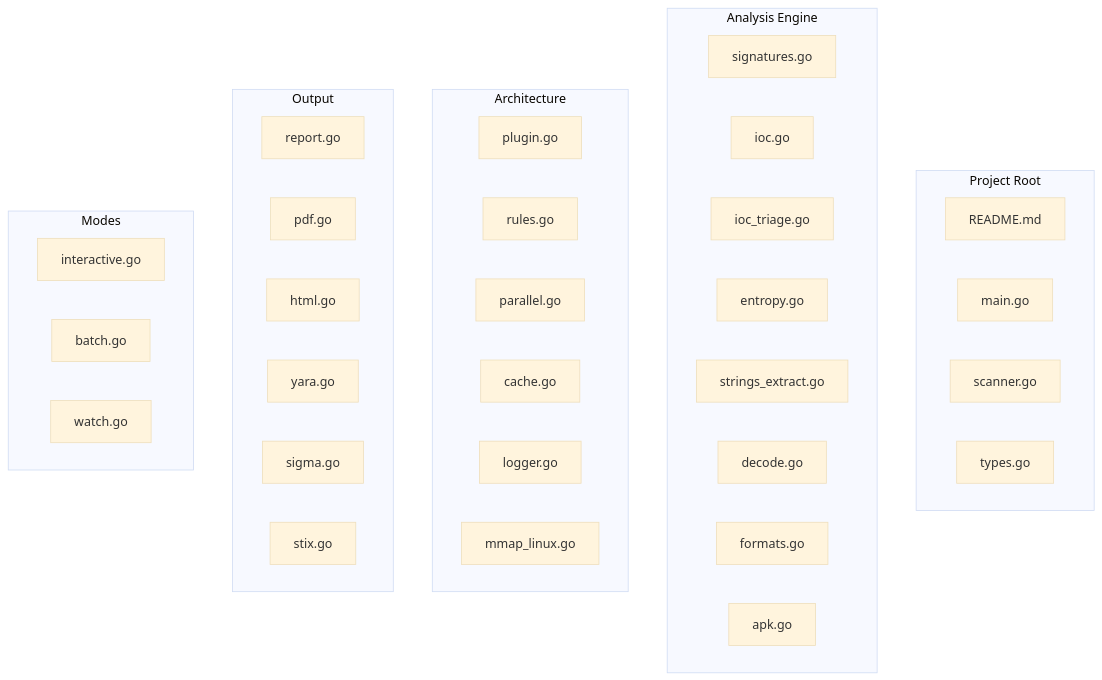
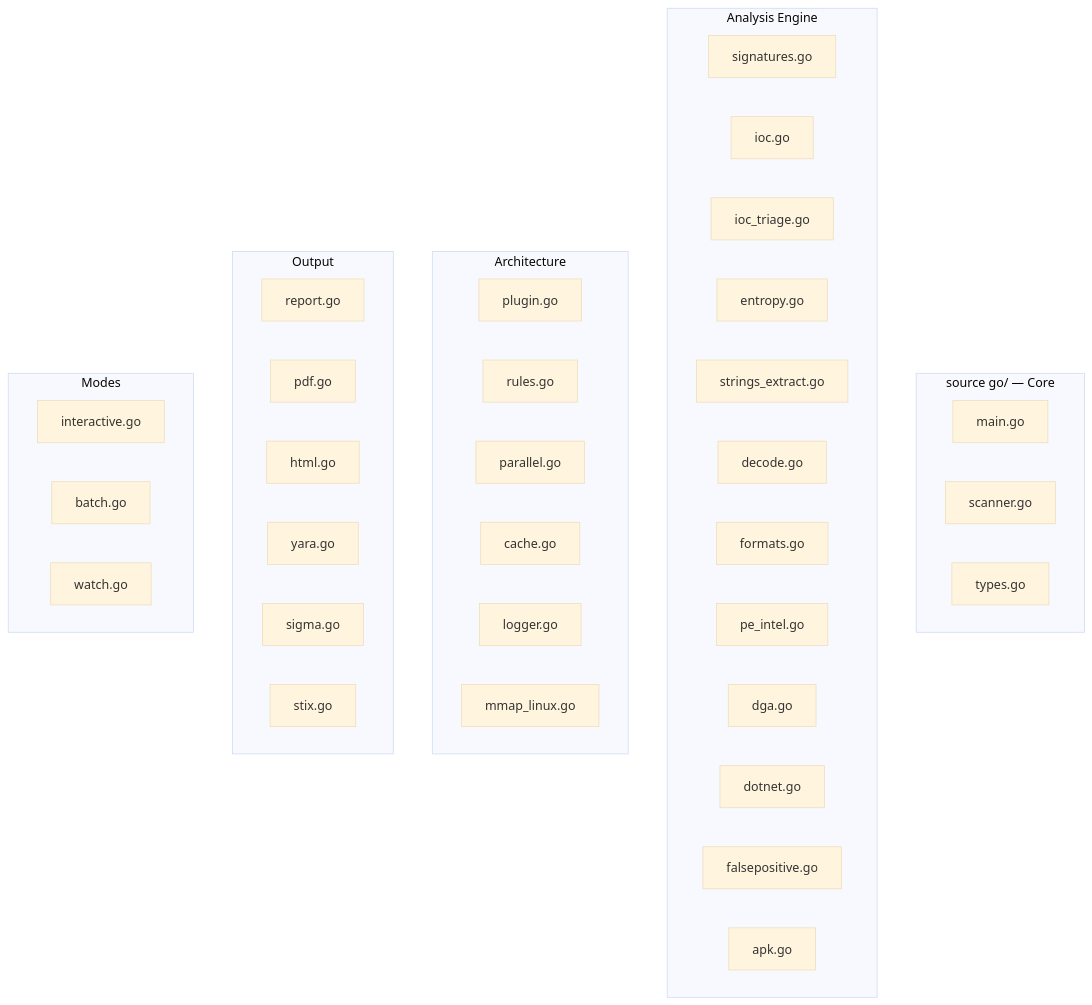
Before and after one commit to Masriyan/FlatScan: the second of 3 diagrams in install.md, drawn with Mermaid (base theme). The commit also changed other lines of this file and 6 other files, not shown here.

````diff
--- a/install.md
+++ b/install.md
@@ -203,44 +212,47 @@
 ```mermaid
 graph TD
-    subgraph "Project Root"
-        README.md
+    subgraph "source go/ — Core"
         main.go
         scanner.go
         types.go
     end
     
     subgraph "Analysis Engine"
         signatures.go
         ioc.go
         ioc_triage.go
         entropy.go
         strings_extract.go
         decode.go
         formats.go
+        pe_intel.go
+        dga.go
+        dotnet.go
+        falsepositive.go
         apk.go
     end
     
     subgraph "Architecture"
         plugin.go
         rules.go
         parallel.go
         cache.go
         logger.go
         mmap_linux.go
     end
     
     subgraph "Output"
         report.go
         pdf.go
         html.go
         yara.go
         sigma.go
         stix.go
     end
     
     subgraph "Modes"
         interactive.go
         batch.go
         watch.go
     end
 ```
````
